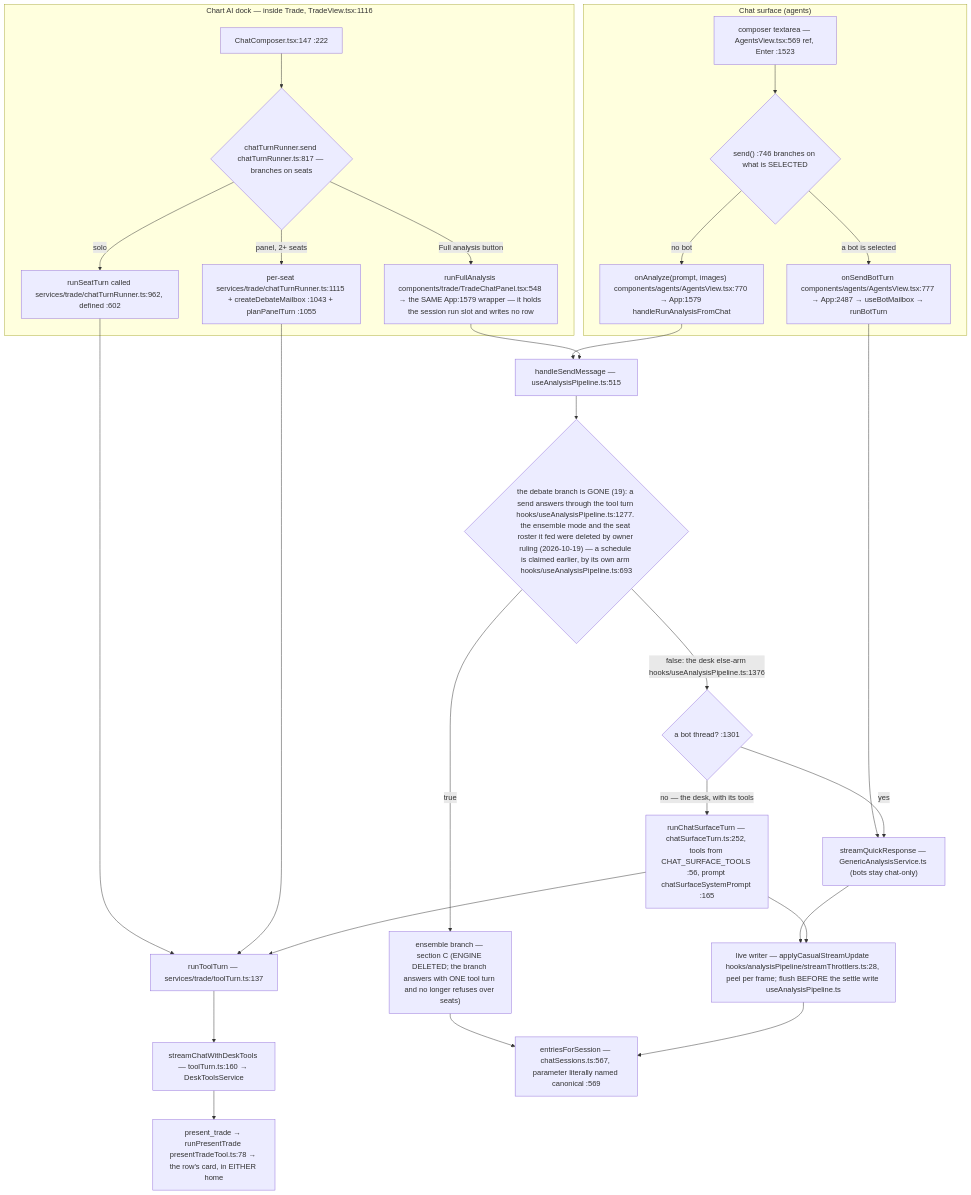
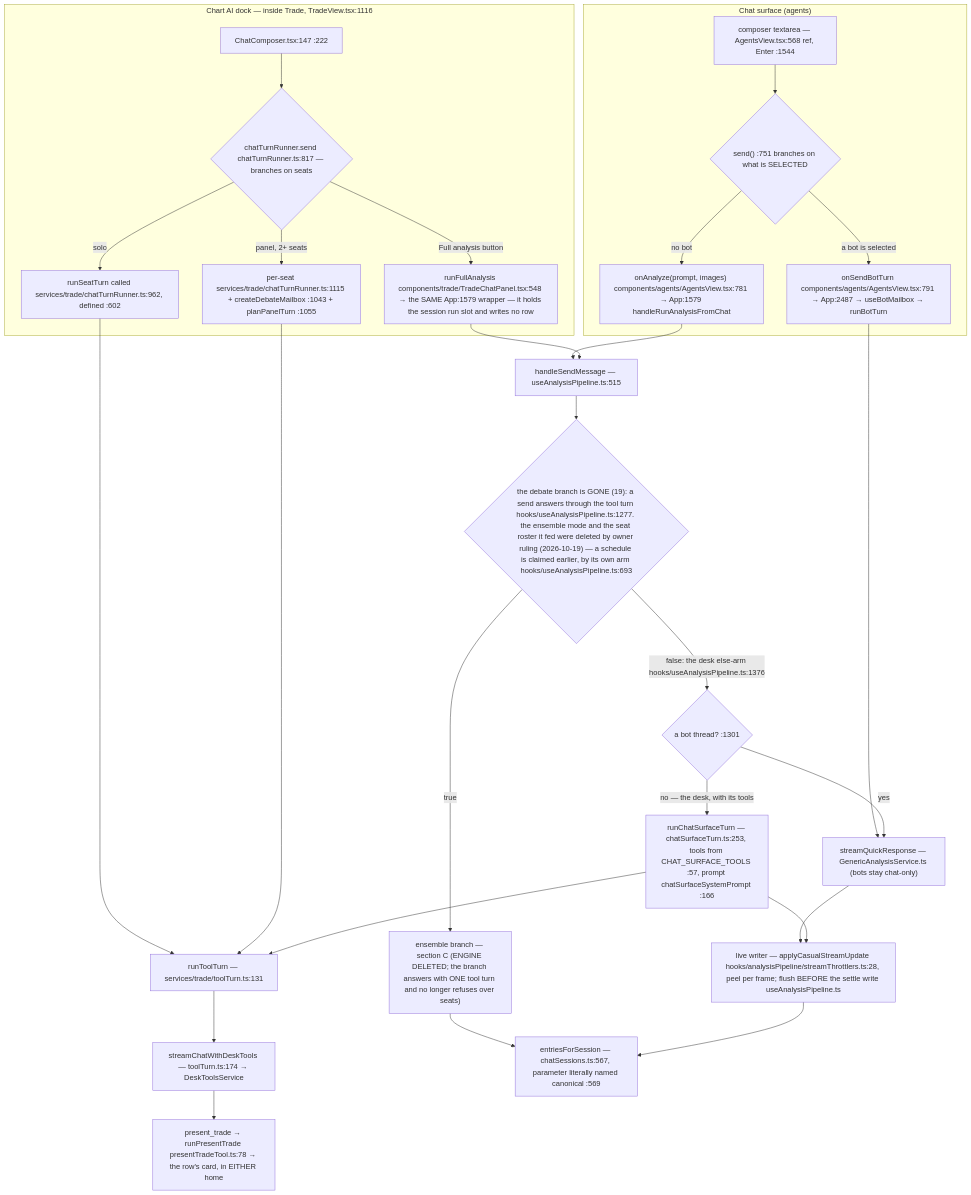
The second of 8 diagrams in docs/app-flow.md (Acepay25/august-3.5), drawn with Mermaid before and after one commit. The commit also changed other lines of this file and 26 other files, not shown here.

````diff
--- a/docs/app-flow.md
+++ b/docs/app-flow.md
@@ -61,31 +72,31 @@
 ```mermaid
 flowchart TD
     subgraph CHAT["Chat surface (agents)"]
-        CB["composer textarea — AgentsView.tsx:569 ref, Enter :1523"] --> D1{"send() :746 branches on what is SELECTED"}
-        D1 -->|a bot is selected| BOT["onSendBotTurn components/agents/AgentsView.tsx:777 → App:2487 → useBotMailbox → runBotTurn"]
-        D1 -->|no bot| AN["onAnalyze(prompt, images) components/agents/AgentsView.tsx:770 → App:1579 handleRunAnalysisFromChat"]
+        CB["composer textarea — AgentsView.tsx:568 ref, Enter :1544"] --> D1{"send() :751 branches on what is SELECTED"}
+        D1 -->|a bot is selected| BOT["onSendBotTurn components/agents/AgentsView.tsx:791 → App:2487 → useBotMailbox → runBotTurn"]
+        D1 -->|no bot| AN["onAnalyze(prompt, images) components/agents/AgentsView.tsx:781 → App:1579 handleRunAnalysisFromChat"]
     end
     subgraph DOCK["Chart AI dock — inside Trade, TradeView.tsx:1116"]
         DC["ChatComposer.tsx:147 :222"] --> D2{"chatTurnRunner.send chatTurnRunner.ts:817 — branches on seats"}
         D2 -->|solo| SO["runSeatTurn called services/trade/chatTurnRunner.ts:962, defined :602"]
         D2 -->|panel, 2+ seats| PN["per-seat services/trade/chatTurnRunner.ts:1115 + createDebateMailbox :1043 + planPanelTurn :1055"]
         D2 -->|Full analysis button| FA["runFullAnalysis components/trade/TradeChatPanel.tsx:548 → the SAME App:1579 wrapper — it holds the session run slot and writes no row"]
     end
-    SO --> TT["runToolTurn — services/trade/toolTurn.ts:137"]
+    SO --> TT["runToolTurn — services/trade/toolTurn.ts:131"]
     PN --> TT
-    TT --> SCDT["streamChatWithDeskTools — toolTurn.ts:160 → DeskToolsService"]
+    TT --> SCDT["streamChatWithDeskTools — toolTurn.ts:174 → DeskToolsService"]
     BOT --> TR["streamQuickResponse — GenericAnalysisService.ts (bots stay chat-only)"]
     AN --> HSM["handleSendMessage — useAnalysisPipeline.ts:515"]
     FA --> HSM
     HSM --> D3{"the debate branch is GONE (19): a send answers through the tool turn hooks/useAnalysisPipeline.ts:1277. the ensemble mode and the seat roster it fed were deleted by owner ruling (2026-10-19) — a schedule is claimed earlier, by its own arm hooks/useAnalysisPipeline.ts:693"}
     D3 -->|true| ENS["ensemble branch — section C (ENGINE DELETED; the branch answers with ONE tool turn and no longer refuses over seats)"]
     D3 -->|false: the desk else-arm hooks/useAnalysisPipeline.ts:1376| SPLIT{"a bot thread? :1301"}
     SPLIT -->|yes| TR
-    SPLIT -->|no — the desk, with its tools| CST["runChatSurfaceTurn — chatSurfaceTurn.ts:252, tools from CHAT_SURFACE_TOOLS :56, prompt chatSurfaceSystemPrompt :165"]
+    SPLIT -->|no — the desk, with its tools| CST["runChatSurfaceTurn — chatSurfaceTurn.ts:253, tools from CHAT_SURFACE_TOOLS :57, prompt chatSurfaceSystemPrompt :166"]
     CST --> TT
     TR --> LW["live writer — applyCasualStreamUpdate hooks/analysisPipeline/streamThrottlers.ts:28, peel per frame; flush BEFORE the settle write useAnalysisPipeline.ts"]
     CST --> LW
     ENS --> MERGE
     LW --> MERGE["entriesForSession — chatSessions.ts:567, parameter literally named canonical :569"]
     SCDT --> PT["present_trade → runPresentTrade presentTradeTool.ts:78 → the row's card, in EITHER home"]
 ```
````
